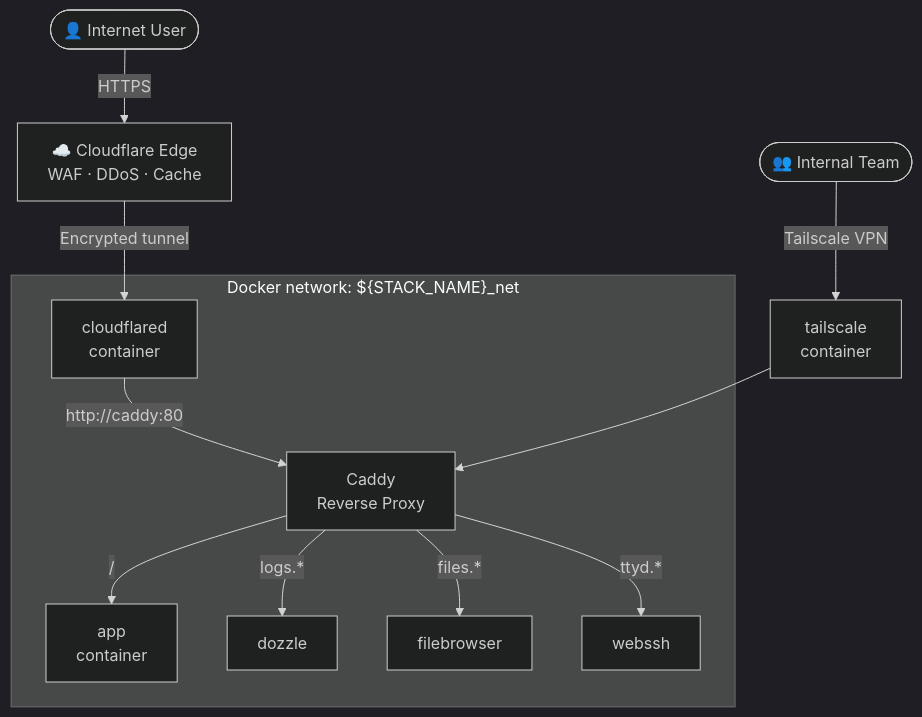
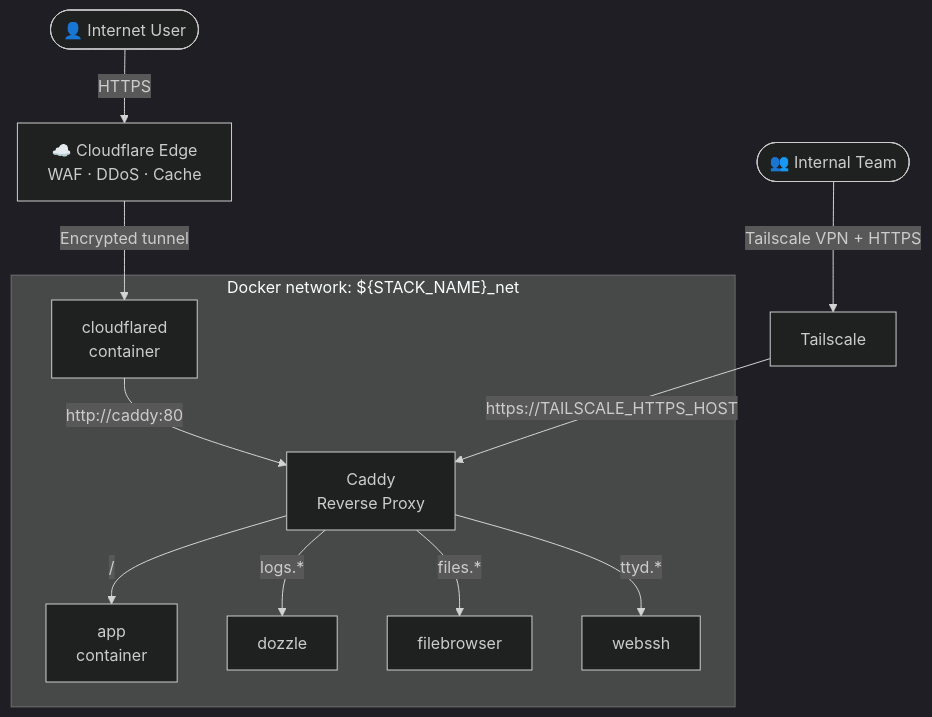
Before and after one commit to odhgateway-ai/docker-stack-template: the first of 5 diagrams in docs/DEPLOY.md, drawn with Mermaid (dark theme). The commit also changed other lines of this file and 6 other files, not shown here.

````diff
--- a/docs/DEPLOY.md
+++ b/docs/DEPLOY.md
@@ -31,22 +31,22 @@
 ```mermaid
 flowchart TD
     User([👤 Internet User]) -->|HTTPS| CF[☁️ Cloudflare Edge\nWAF · DDoS · Cache]
     CF -->|Encrypted tunnel| CFD[cloudflared\ncontainer]
     CFD -->|http://caddy:80| CADDY[Caddy\nReverse Proxy]
     CADDY -->|/| APP[app\ncontainer]
     CADDY -->|logs.*| DOZ[dozzle]
     CADDY -->|files.*| FB[filebrowser]
     CADDY -->|ttyd.*| SSH[webssh]
 
     subgraph docker["Docker network: ${STACK_NAME}_net"]
         CFD
         CADDY
         APP
         DOZ
         FB
         SSH
     end
 
-    TEAM([👥 Internal Team]) -->|Tailscale VPN| TS[tailscale\ncontainer]
-    TS --> CADDY
+    TEAM([👥 Internal Team]) -->|Tailscale VPN + HTTPS| TS[Tailscale]
+    TS -->|https://TAILSCALE_HTTPS_HOST| CADDY
 ```
````
